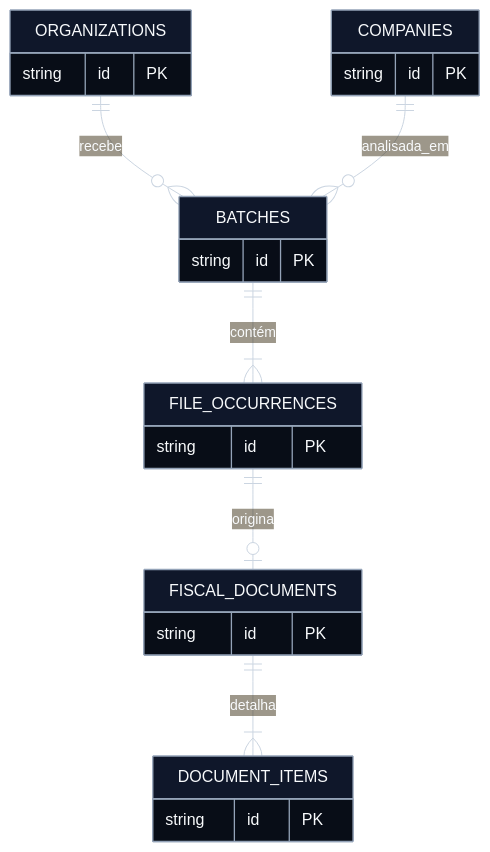
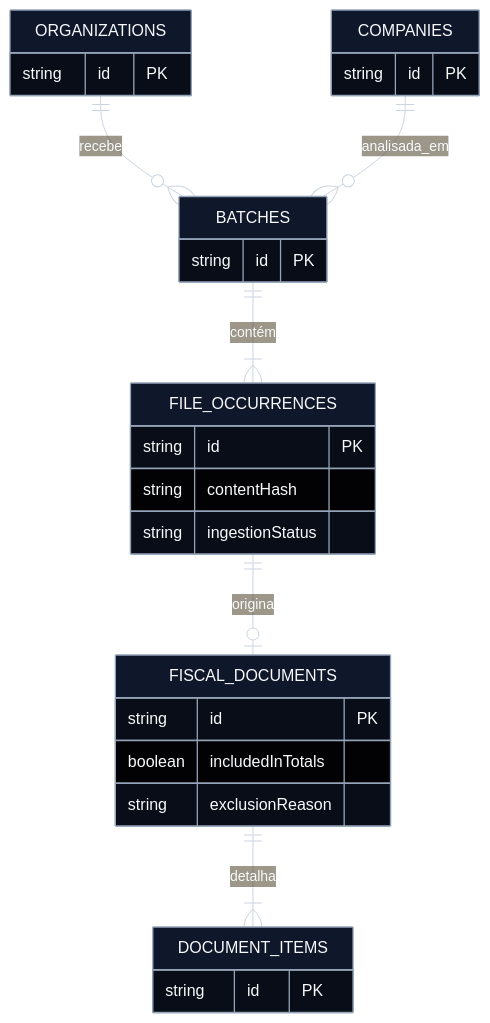
Before and after one commit to nicosikmoraes/motor-calculo-icms: the second of 4 diagrams in docs/architecture.md, drawn with Mermaid. The commit also changed other lines of this file and 5 other files, not shown here.

````diff
--- a/docs/architecture.md
+++ b/docs/architecture.md
@@ -202,44 +227,48 @@
 ```mermaid
 ---
 config:
   theme: base
   themeVariables:
     darkMode: true
     background: "#0b1220"
     primaryColor: "#0f172a"
     primaryTextColor: "#f8fafc"
     primaryBorderColor: "#94a3b8"
     lineColor: "#cbd5e1"
     textColor: "#f8fafc"
   er:
     theme: base
     fill: "#0f172a"
     stroke: "#94a3b8"
     fontSize: 16
 ---
 erDiagram
     ORGANIZATIONS ||--o{ BATCHES : recebe
     COMPANIES ||--o{ BATCHES : analisada_em
     BATCHES ||--|{ FILE_OCCURRENCES : contém
     FILE_OCCURRENCES ||--o| FISCAL_DOCUMENTS : origina
     FISCAL_DOCUMENTS ||--|{ DOCUMENT_ITEMS : detalha
 
     ORGANIZATIONS {
         string id PK
     }
     COMPANIES {
         string id PK
     }
     BATCHES {
         string id PK
     }
     FILE_OCCURRENCES {
         string id PK
+        string contentHash
+        string ingestionStatus
     }
     FISCAL_DOCUMENTS {
         string id PK
+        boolean includedInTotals
+        string exclusionReason
     }
     DOCUMENT_ITEMS {
         string id PK
     }
 ```
````
